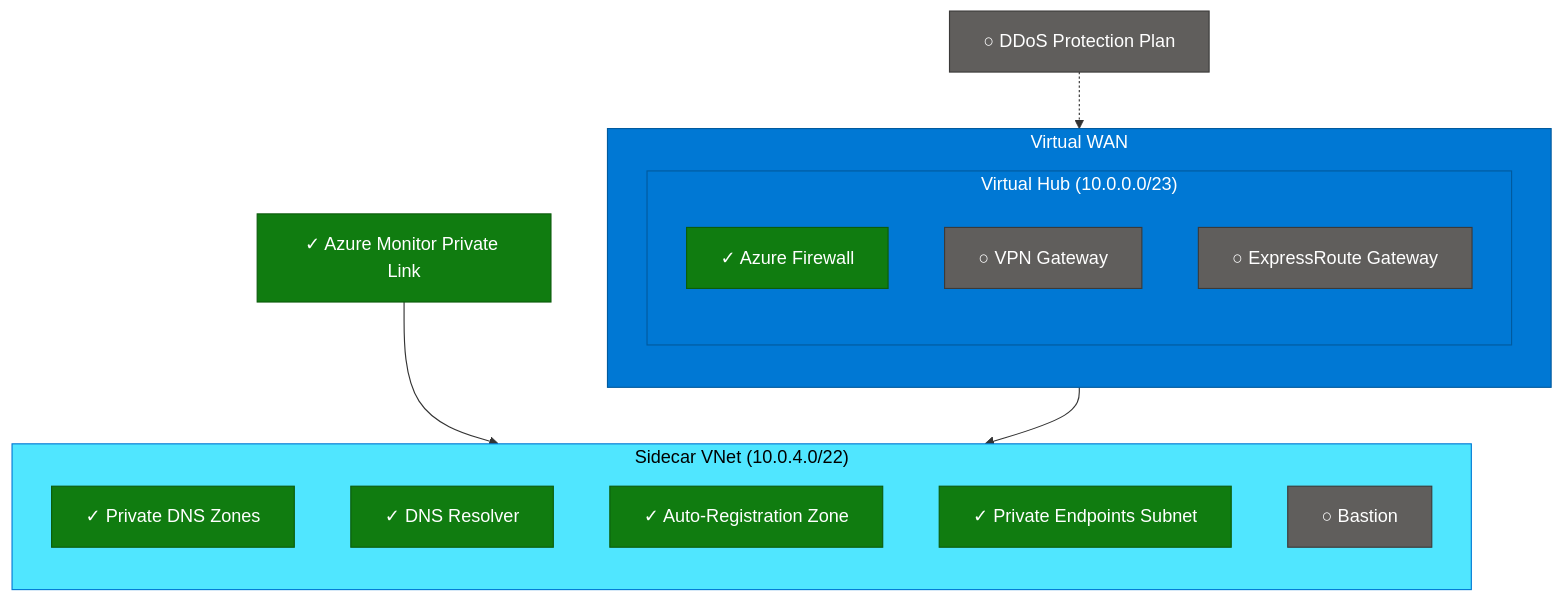
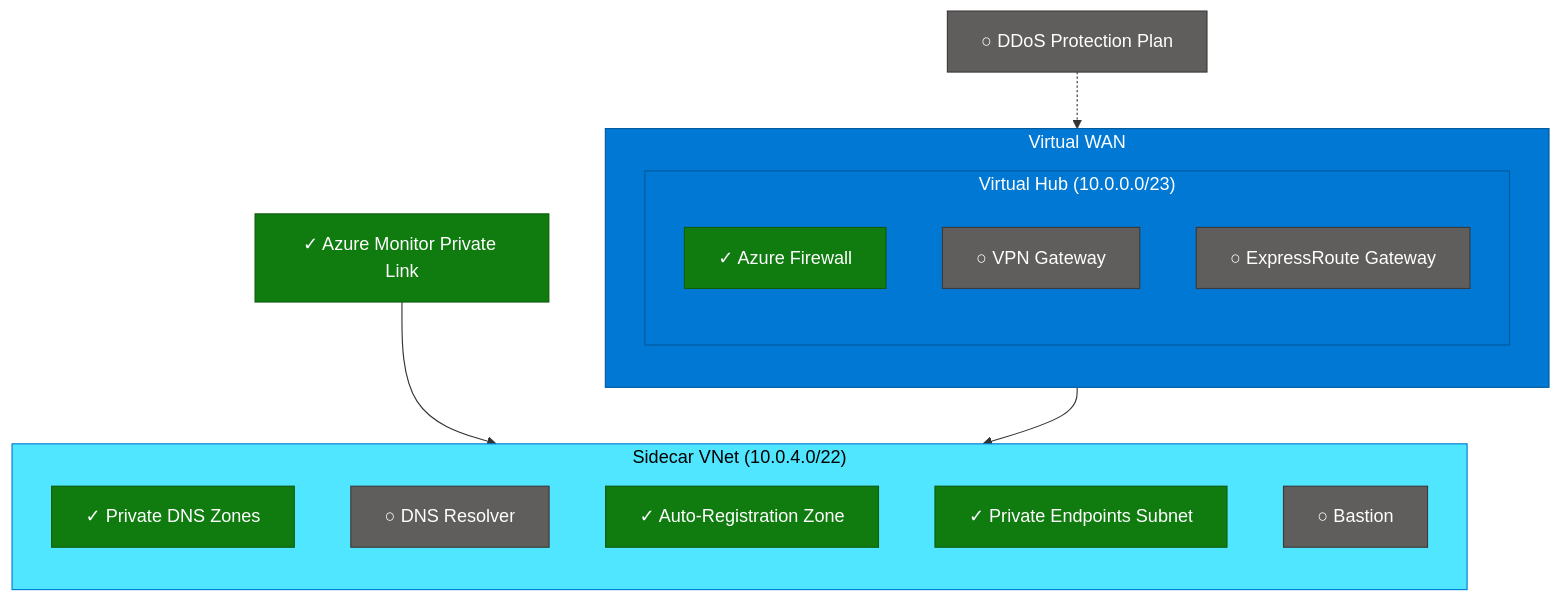
Before and after one commit to Ensono/stacks-azure-platform-landing-zone: the diagram in src/connectivity-virtual-wan/deploy/terraform/examples/single_region/README.md, drawn with Mermaid. The commit also changed other lines of this file and 137 other files, not shown here.

````diff
--- a/src/connectivity-virtual-wan/deploy/terraform/examples/single_region/README.md
+++ b/src/connectivity-virtual-wan/deploy/terraform/examples/single_region/README.md
@@ -10,43 +10,43 @@
 ```mermaid
 flowchart TB
     subgraph vwan["Virtual WAN"]
         direction TB
 
         subgraph hub["Virtual Hub (10.0.0.0/23)"]
             direction TB
             fw["✓ Azure Firewall"]
             vpn["○ VPN Gateway"]
             er["○ ExpressRoute Gateway"]
         end
     end
 
     subgraph sidecar["Sidecar VNet (10.0.4.0/22)"]
         direction TB
         dns["✓ Private DNS Zones"]
-        resolver["✓ DNS Resolver"]
+        resolver["○ DNS Resolver"]
         autoreg["✓ Auto-Registration Zone"]
         pe["✓ Private Endpoints Subnet"]
         bastion["○ Bastion"]
     end
 
     ampls["✓ Azure Monitor Private Link"]
     ddos["○ DDoS Protection Plan"]
 
     hub --> sidecar
     ampls --> sidecar
     ddos -.-> hub
 
     style vwan fill:#0078D4,stroke:#005A9E,color:#fff
     style hub fill:#0078D4,stroke:#005A9E,color:#fff
     style sidecar fill:#50E6FF,stroke:#0078D4,color:#000
     style fw fill:#107C10,stroke:#0B5C0B,color:#fff
     style dns fill:#107C10,stroke:#0B5C0B,color:#fff
-    style resolver fill:#107C10,stroke:#0B5C0B,color:#fff
+    style resolver fill:#605E5C,stroke:#3B3A39,color:#fff
     style autoreg fill:#107C10,stroke:#0B5C0B,color:#fff
     style pe fill:#107C10,stroke:#0B5C0B,color:#fff
     style bastion fill:#605E5C,stroke:#3B3A39,color:#fff
     style vpn fill:#605E5C,stroke:#3B3A39,color:#fff
     style er fill:#605E5C,stroke:#3B3A39,color:#fff
     style ampls fill:#107C10,stroke:#0B5C0B,color:#fff
     style ddos fill:#605E5C,stroke:#3B3A39,color:#fff
 ```
````
